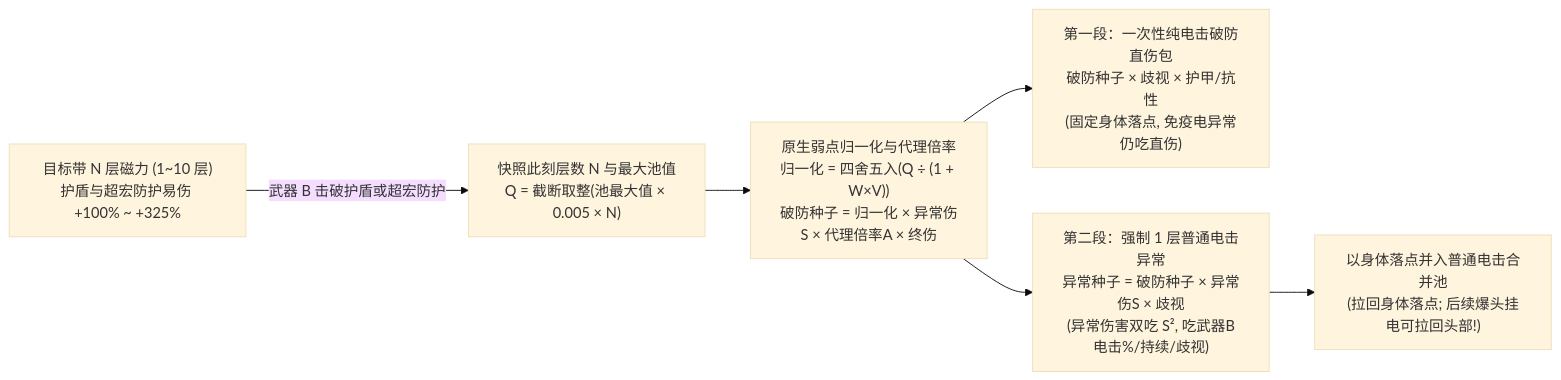
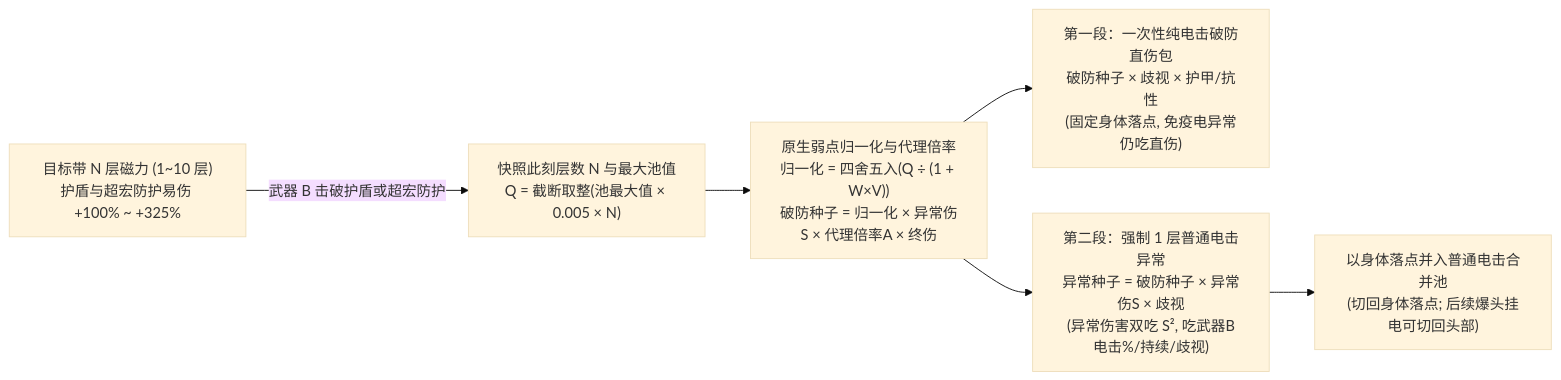
Before and after one commit to magenie33/wfsim: the second of 2 diagrams in docs/mechanics/zh/magnetic-electricity.md, drawn with Mermaid (base theme). The commit also changed other lines of this file and 7 other files, not shown here.

````diff
--- a/docs/mechanics/zh/magnetic-electricity.md
+++ b/docs/mechanics/zh/magnetic-electricity.md
@@ -121,8 +121,8 @@
 ```mermaid
 flowchart LR
     A["目标带 N 层磁力 (1~10 层)<br/>护盾与超宏防护易伤 +100% ~ +325%"] -->|"武器 B 击破护盾或超宏防护"| B["快照此刻层数 N 与最大池值<br/>Q = 截断取整(池最大值 × 0.005 × N)"]
     B --> C["原生弱点归一化与代理倍率<br/>归一化 = 四舍五入(Q ÷ (1 + W×V))<br/>破防种子 = 归一化 × 异常伤S × 代理倍率A × 终伤"]
     C --> D1["第一段：一次性纯电击破防直伤包<br/>破防种子 × 歧视 × 护甲/抗性<br/>(固定身体落点, 免疫电异常仍吃直伤)"]
     C --> D2["第二段：强制 1 层普通电击异常<br/>异常种子 = 破防种子 × 异常伤S × 歧视<br/>(异常伤害双吃 S², 吃武器B电击%/持续/歧视)"]
-    D2 --> E["以身体落点并入普通电击合并池<br/>(拉回身体落点; 后续爆头挂电可拉回头部!)"]
+    D2 --> E["以身体落点并入普通电击合并池<br/>(切回身体落点; 后续爆头挂电可切回头部)"]
 ```
````
